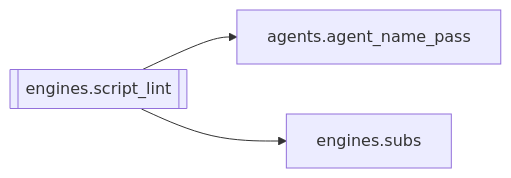
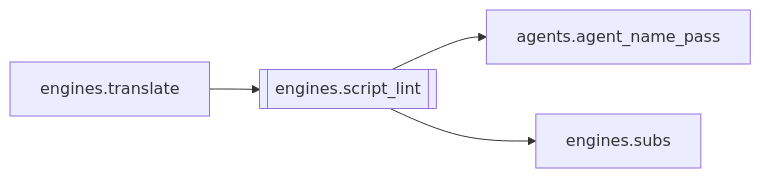
One commit to kjza178/PinelineV5 changed the diagram in docs/brain/modules/engines.script_lint.md. Above: the diagram before and after it, drawn with Mermaid. The commit also changed other lines of this file and 227 other files, not shown here.

````diff
--- a/docs/brain/modules/engines.script_lint.md
+++ b/docs/brain/modules/engines.script_lint.md
@@ -16,6 +16,7 @@
 ```mermaid
 flowchart LR
   engines_script_lint[[engines.script_lint]]
+  engines_translate[engines.translate] --> engines_script_lint
   engines_script_lint --> agents_agent_name_pass[agents.agent_name_pass]
   engines_script_lint --> engines_subs[engines.subs]
 ```
````
